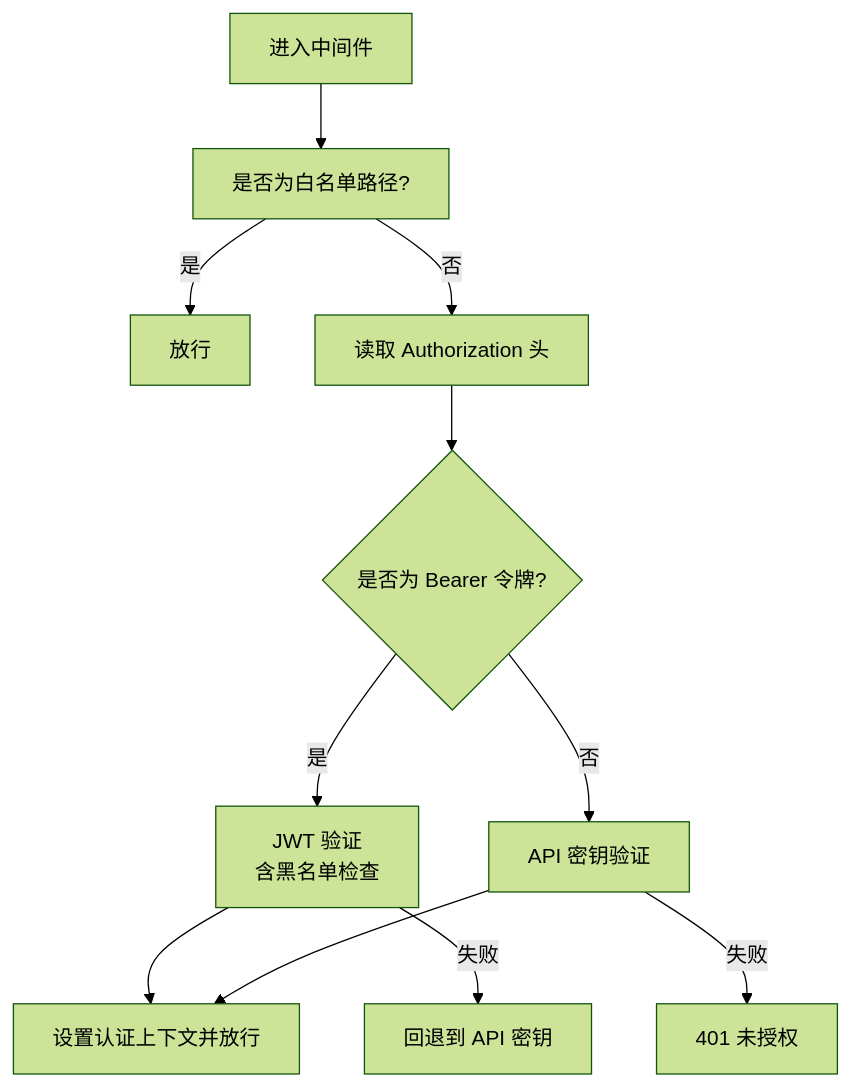
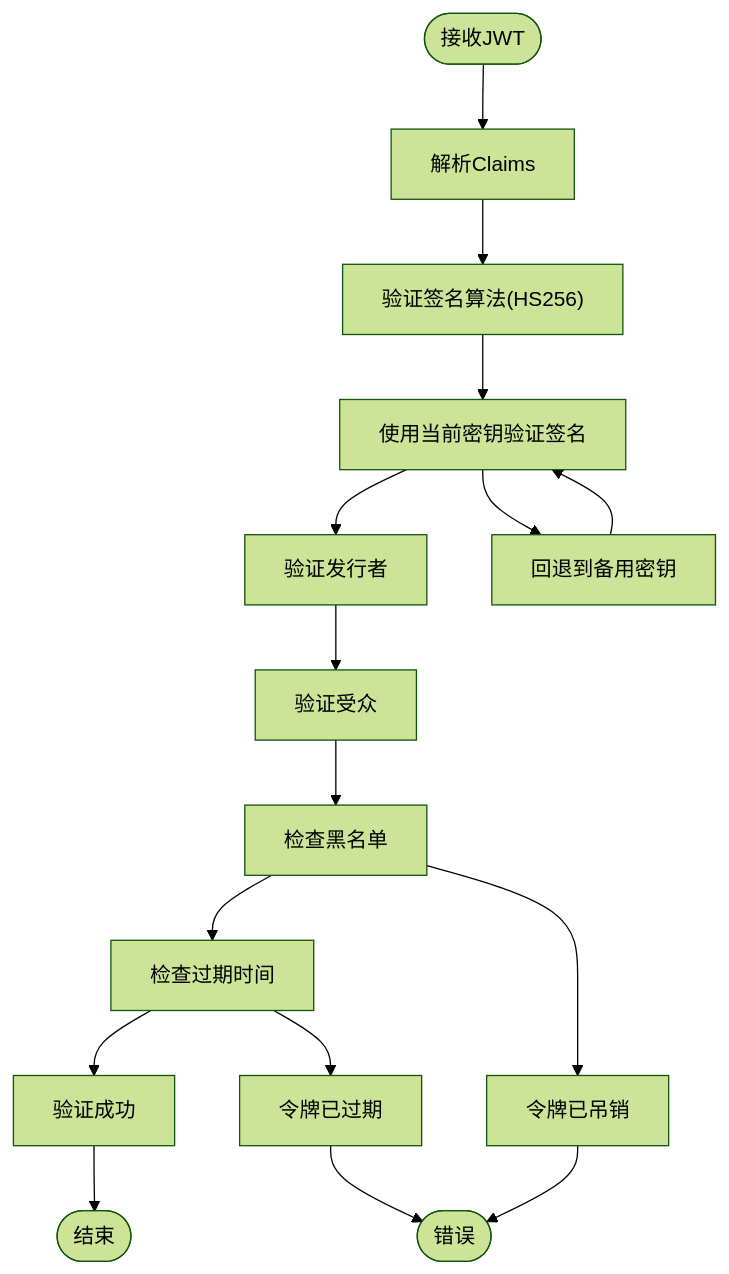
Before and after one commit to x01n/My-OpenWaf: the sixth of 12 diagrams in docs/管理 API 系统/REST API 设计规范/认证授权机制.md, drawn with Mermaid (forest theme). The commit also changed other lines of this file and 199 other files, not shown here.

````diff
--- a/docs/管理 API 系统/REST API 设计规范/认证授权机制.md
+++ b/docs/管理 API 系统/REST API 设计规范/认证授权机制.md
@@ -245,13 +201,18 @@
 ```mermaid
 flowchart TD
-A["进入中间件"] --> W["是否为白名单路径?"]
-W --> |是| Next["放行"]
-W --> |否| Auth["读取 Authorization 头"]
-Auth --> HasBearer{"是否为 Bearer 令牌?"}
-HasBearer --> |是| VerifyJWT["JWT 验证<br/>含黑名单检查"]
-HasBearer --> |否| VerifyAPI["API 密钥验证"]
-VerifyJWT --> OK["设置认证上下文并放行"]
-VerifyAPI --> OK
-VerifyJWT --> |失败| Fallback["回退到 API 密钥"]
-VerifyAPI --> |失败| Abort["401 未授权"]
+Start([接收JWT]) --> ParseClaims["解析Claims"]
+ParseClaims --> VerifyAlg["验证签名算法(HS256)"]
+VerifyAlg --> VerifyKey["使用当前密钥验证签名"]
+VerifyKey --> VerifyIssuer["验证发行者"]
+VerifyIssuer --> VerifyAudience["验证受众"]
+VerifyAudience --> CheckBlacklist["检查黑名单"]
+CheckBlacklist --> CheckExpiry["检查过期时间"]
+CheckExpiry --> Success["验证成功"]
+VerifyKey --> Fallback["回退到备用密钥"]
+Fallback --> VerifyKey
+CheckBlacklist --> Revoked["令牌已吊销"]
+CheckExpiry --> Expired["令牌已过期"]
+Revoked --> Error([错误])
+Expired --> Error
+Success --> End([结束])
 ```
````
